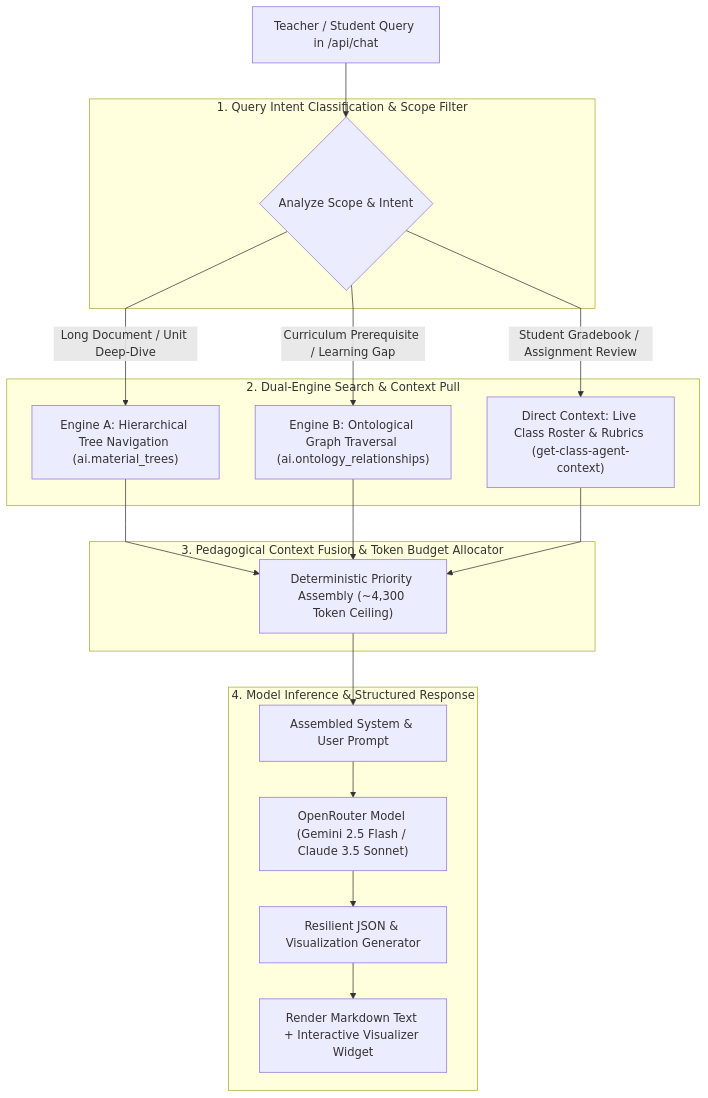
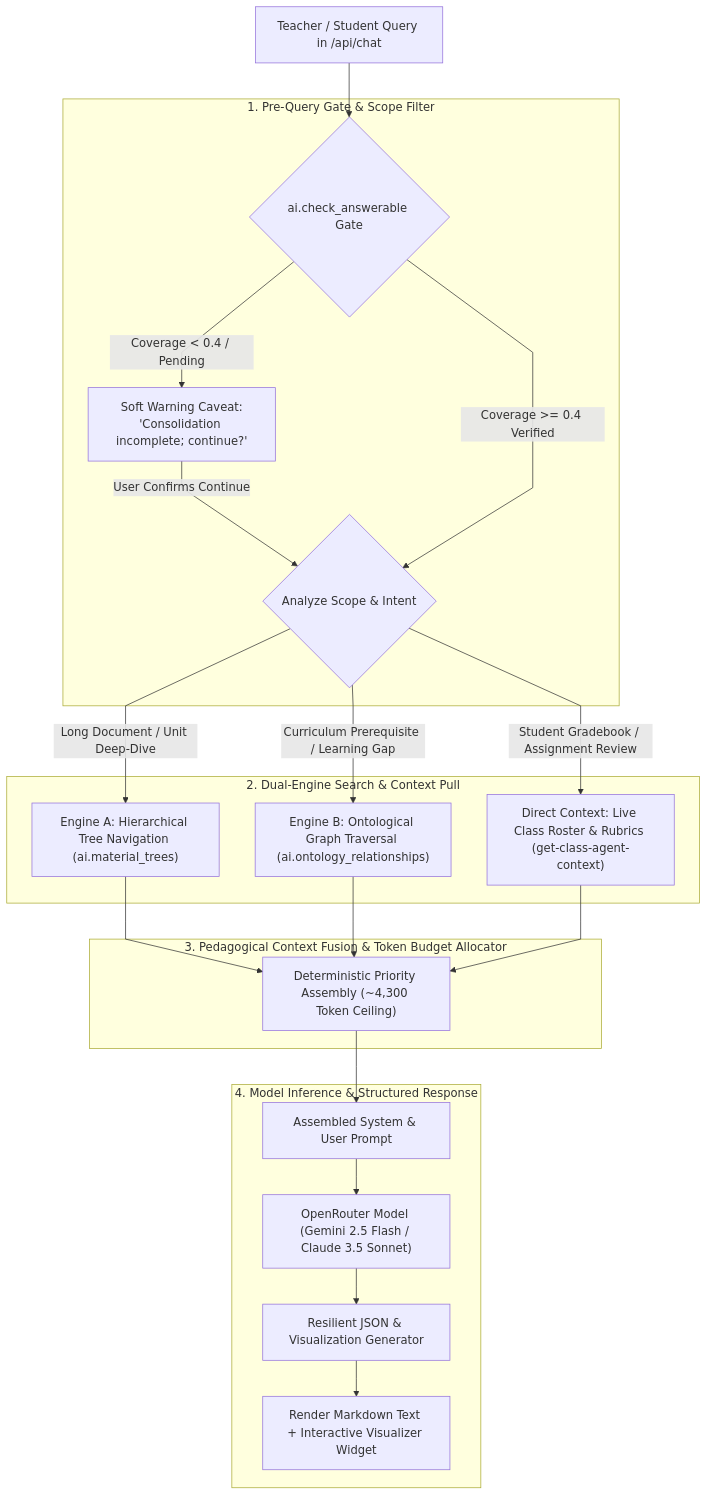
One commit to VictorBravo9er/Teacher-Assistant-Workspace changed the diagram in docs/knowledge_store/retrieval_and_rag.md. Above: the diagram before and after it, drawn with Mermaid. The commit also changed other lines of this file and 29 other files, not shown here.

````diff
--- a/docs/knowledge_store/retrieval_and_rag.md
+++ b/docs/knowledge_store/retrieval_and_rag.md
@@ -11,40 +11,46 @@
 ```mermaid
 %%{init: {'flowchart': {'curve': 'linear'}}}%%
 flowchart TD
     UserQuery["Teacher / Student Query in /api/chat"]
 
-    subgraph QueryClassifier["1. Query Intent Classification & Scope Filter"]
+    subgraph QueryClassifier["1. Pre-Query Gate & Scope Filter"]
+        Gate{"ai.check_answerable Gate"}
+        SoftWarn["Soft Warning Caveat:\n'Consolidation incomplete; continue?'"]
         IntentRouter{"Analyze Scope & Intent"}
     end
 
     subgraph SearchEngines["2. Dual-Engine Search & Context Pull"]
         TreeSearch["Engine A: Hierarchical Tree Navigation (ai.material_trees)"]
         GraphSearch["Engine B: Ontological Graph Traversal (ai.ontology_relationships)"]
         RosterContext["Direct Context: Live Class Roster & Rubrics (get-class-agent-context)"]
     end
 
     subgraph ContextFusion["3. Pedagogical Context Fusion & Token Budget Allocator"]
         FusionEngine["Deterministic Priority Assembly (~4,300 Token Ceiling)"]
     end
 
     subgraph AssistantInference["4. Model Inference & Structured Response"]
         PromptBuilder["Assembled System & User Prompt"]
         LLM["OpenRouter Model (Gemini 2.5 Flash / Claude 3.5 Sonnet)"]
         Parser["Resilient JSON & Visualization Generator"]
         UI["Render Markdown Text + Interactive Visualizer Widget"]
     end
 
-    UserQuery --> IntentRouter
+    UserQuery --> Gate
+    Gate -->|Coverage < 0.4 / Pending| SoftWarn
+    SoftWarn -->|User Confirms Continue| IntentRouter
+    Gate -->|Coverage >= 0.4 Verified| IntentRouter
+    
     IntentRouter -->|Long Document / Unit Deep-Dive| TreeSearch
     IntentRouter -->|Curriculum Prerequisite / Learning Gap| GraphSearch
     IntentRouter -->|Student Gradebook / Assignment Review| RosterContext
 
     TreeSearch --> FusionEngine
     GraphSearch --> FusionEngine
     RosterContext --> FusionEngine
 
     FusionEngine --> PromptBuilder
     PromptBuilder --> LLM
     LLM --> Parser
     Parser --> UI
 ```
````
